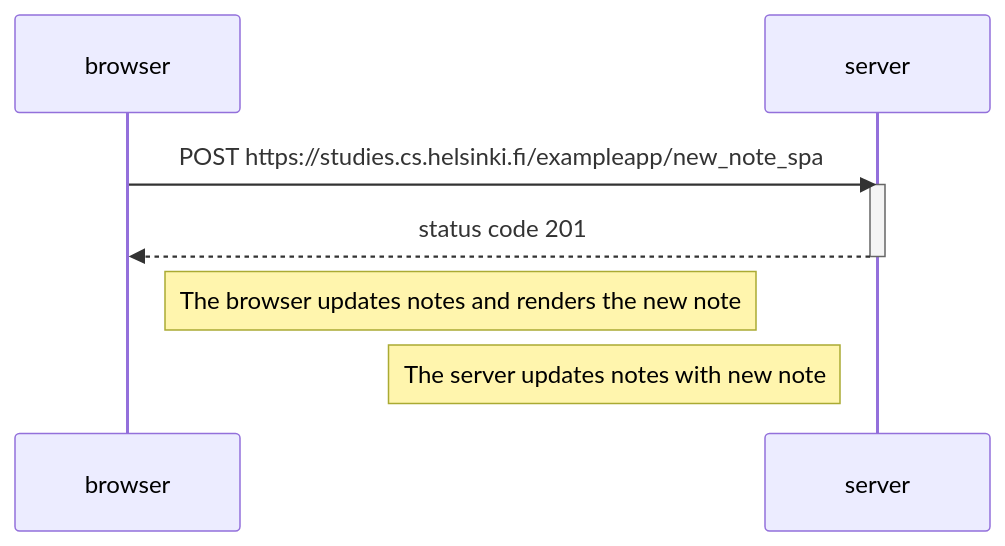
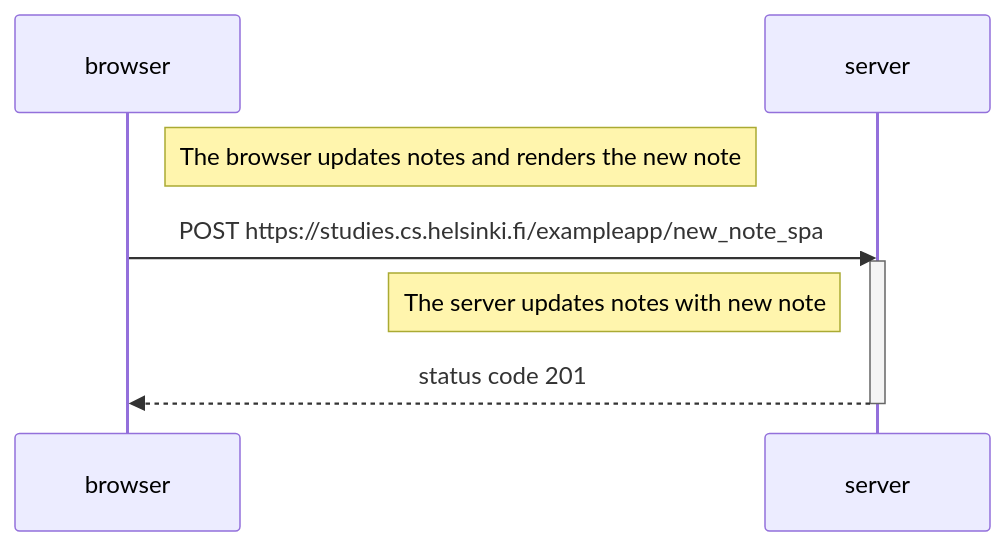
One commit to kuity/fsopen2025 changed the diagram in part0/0.6.md. Above: the diagram before and after it, drawn with Mermaid. The commit also changed other lines of this file, not shown here.

````diff
--- a/part0/0.6.md
+++ b/part0/0.6.md
@@ -1,13 +1,13 @@
 ```mermaid
 sequenceDiagram
     participant browser
     participant server
 
+    Note right of browser: The browser updates notes and renders the new note
     browser->>server: POST https://studies.cs.helsinki.fi/exampleapp/new_note_spa
     activate server
+    Note left of server: The server updates notes with new note
     server-->>browser: status code 201
     deactivate server
 
-    Note right of browser: The browser updates notes and renders the new note
-    Note left of server: The server updates notes with new note
 ```
````
